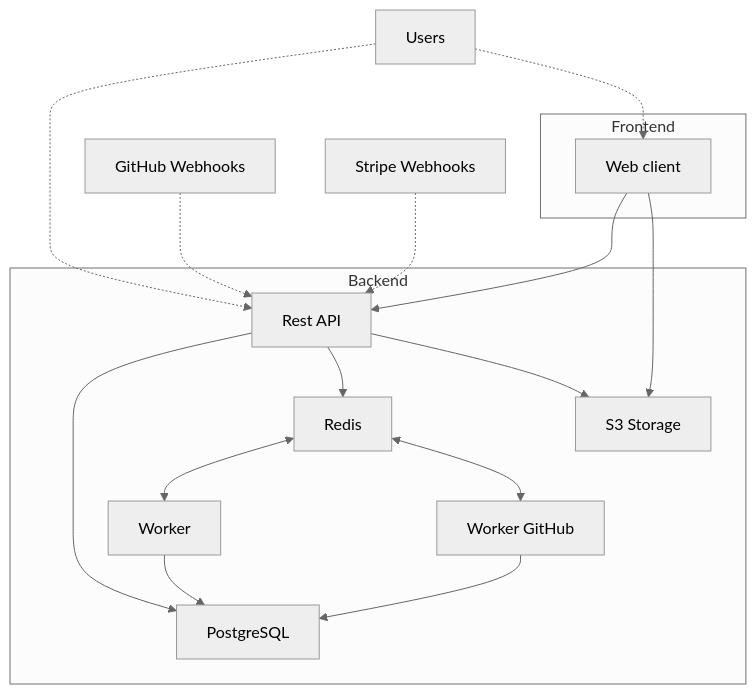
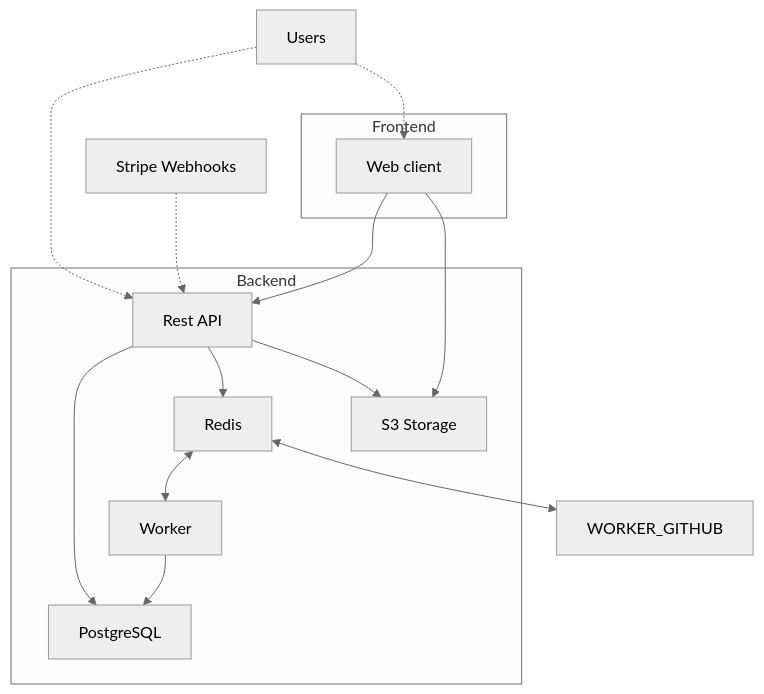
Before and after one commit to polarsource/polar: the diagram in DEVELOPMENT.md, drawn with Mermaid (neutral theme). The commit also changed other lines of this file and 9 other files, not shown here.

Commit message:
dx: remove GitHub Codespaces support

````diff
--- a/DEVELOPMENT.md
+++ b/DEVELOPMENT.md
@@ -11,32 +11,28 @@
 ```mermaid
 flowchart TD
     subgraph "Backend"
         API["Rest API"]
         POSTGRESQL["PostgreSQL"]
         REDIS["Redis"]
         S3["S3 Storage"]
         WORKER["Worker"]
-        WORKER_GITHUB["Worker GitHub"]
     end
     subgraph "Frontend"
         WEB["Web client"]
     end
-    GITHUB_WH["GitHub Webhooks"]
     STRIPE_WH["Stripe Webhooks"]
     USERS["Users"]
 
     WEB --> API
     API --> POSTGRESQL
     API --> REDIS
     REDIS <--> WORKER
     REDIS <--> WORKER_GITHUB
     WORKER --> POSTGRESQL
-    WORKER_GITHUB --> POSTGRESQL
     API --> S3
     WEB --> S3
 
-    GITHUB_WH -.-> API
     STRIPE_WH -.-> API
     USERS -.-> API
     USERS -.-> WEB
 ```
````
